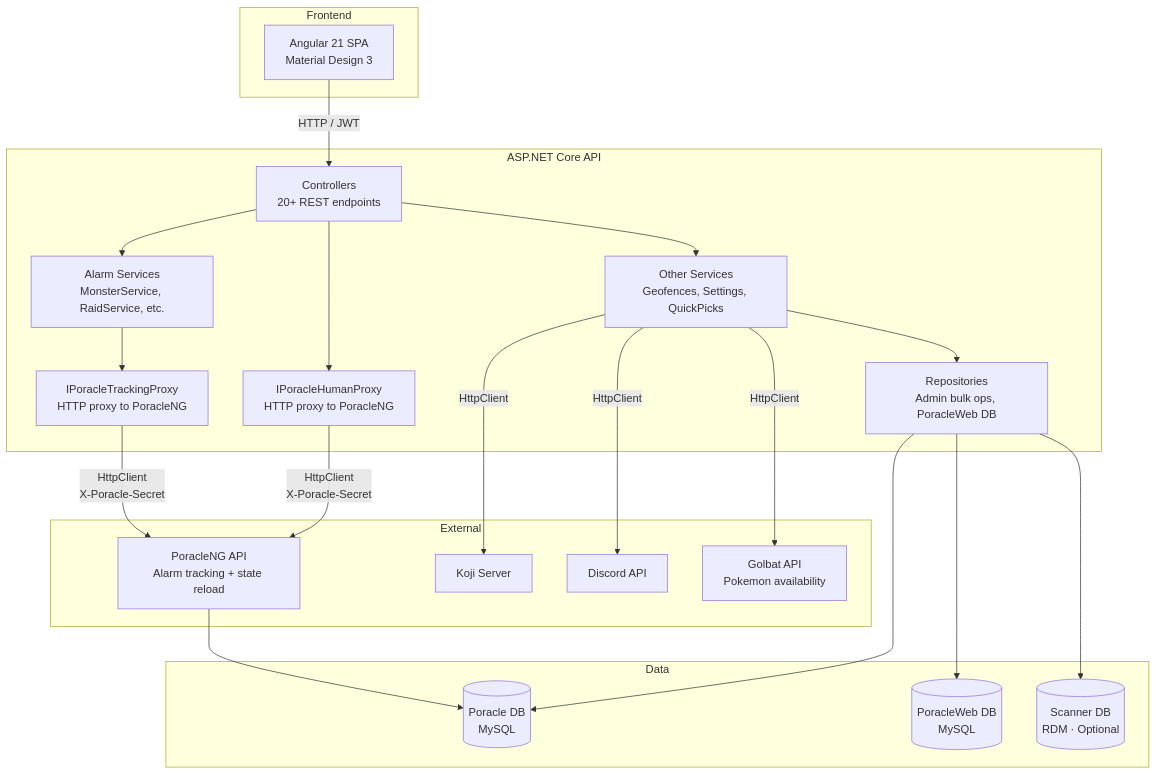
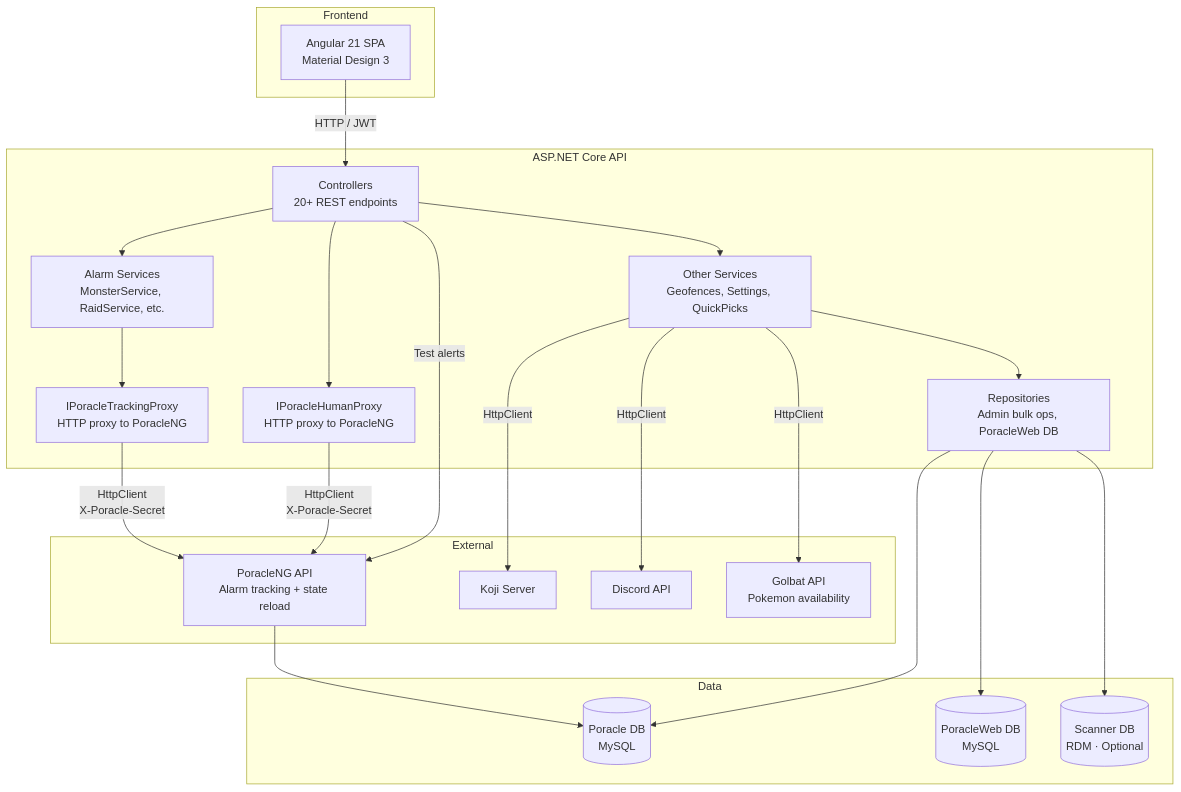
The diagram in docs/architecture/overview.md (PGAN-Dev/PoracleWeb.NET), drawn with Mermaid before and after one commit. The commit also changed other lines of this file and 50 other files, not shown here.

````diff
--- a/docs/architecture/overview.md
+++ b/docs/architecture/overview.md
@@ -34,44 +34,45 @@
 ```mermaid
 graph TB
     subgraph Frontend
         Angular[Angular 21 SPA<br/>Material Design 3]
     end
 
     subgraph Backend["ASP.NET Core API"]
         Controllers[Controllers<br/>20+ REST endpoints]
         AlarmServices[Alarm Services<br/>MonsterService, RaidService, etc.]
         TrackingProxy[IPoracleTrackingProxy<br/>HTTP proxy to PoracleNG]
         HumanProxy[IPoracleHumanProxy<br/>HTTP proxy to PoracleNG]
         OtherServices[Other Services<br/>Geofences, Settings, QuickPicks]
         Repositories[Repositories<br/>Admin bulk ops, PoracleWeb DB]
     end
 
     subgraph Data
         PoracleDB[(Poracle DB<br/>MySQL)]
         WebDB[(PoracleWeb DB<br/>MySQL)]
         ScannerDB[(Scanner DB<br/>RDM · Optional)]
     end
 
     subgraph External
         PoracleNG[PoracleNG API<br/>Alarm tracking + state reload]
         Koji[Koji Server]
         Discord[Discord API]
         Golbat[Golbat API<br/>Pokemon availability]
     end
 
     Angular -->|HTTP / JWT| Controllers
     Controllers --> AlarmServices
     Controllers --> OtherServices
     AlarmServices --> TrackingProxy
     Controllers --> HumanProxy
     TrackingProxy -->|HttpClient<br/>X-Poracle-Secret| PoracleNG
     HumanProxy -->|HttpClient<br/>X-Poracle-Secret| PoracleNG
     PoracleNG --> PoracleDB
     OtherServices --> Repositories
     Repositories --> PoracleDB
     Repositories --> WebDB
     Repositories --> ScannerDB
     OtherServices -->|HttpClient| Koji
     OtherServices -->|HttpClient| Discord
     OtherServices -->|HttpClient| Golbat
+    Controllers -->|Test alerts| PoracleNG
 ```
````
